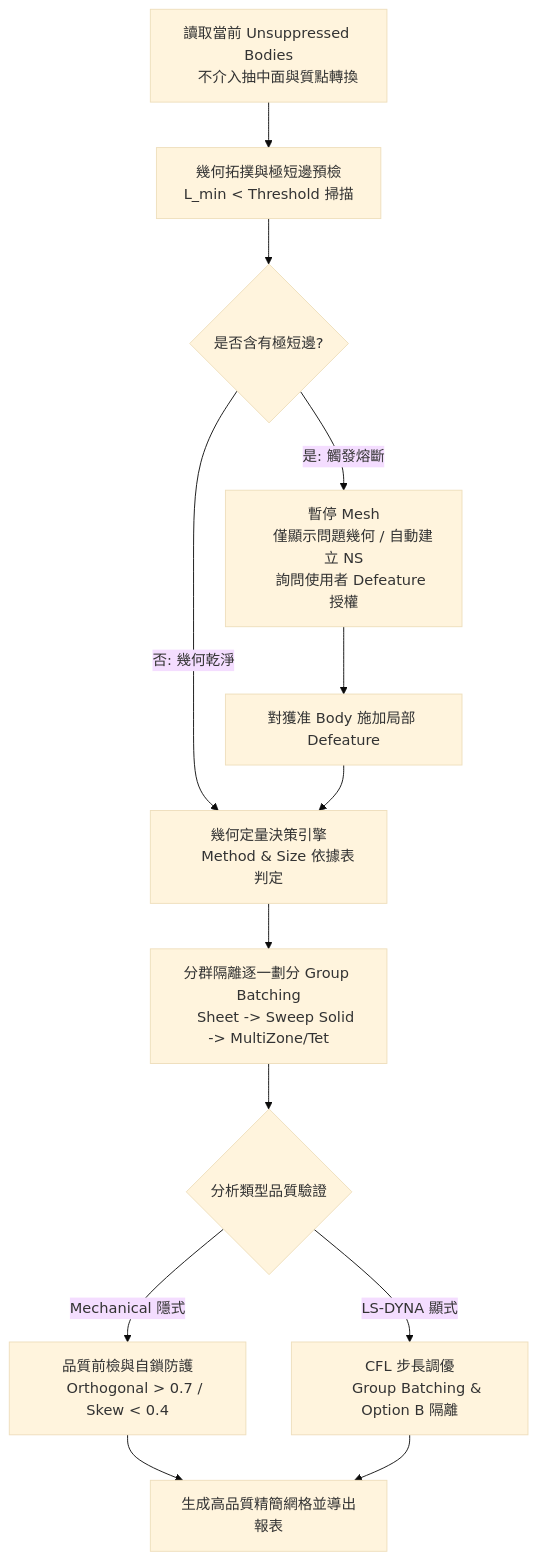
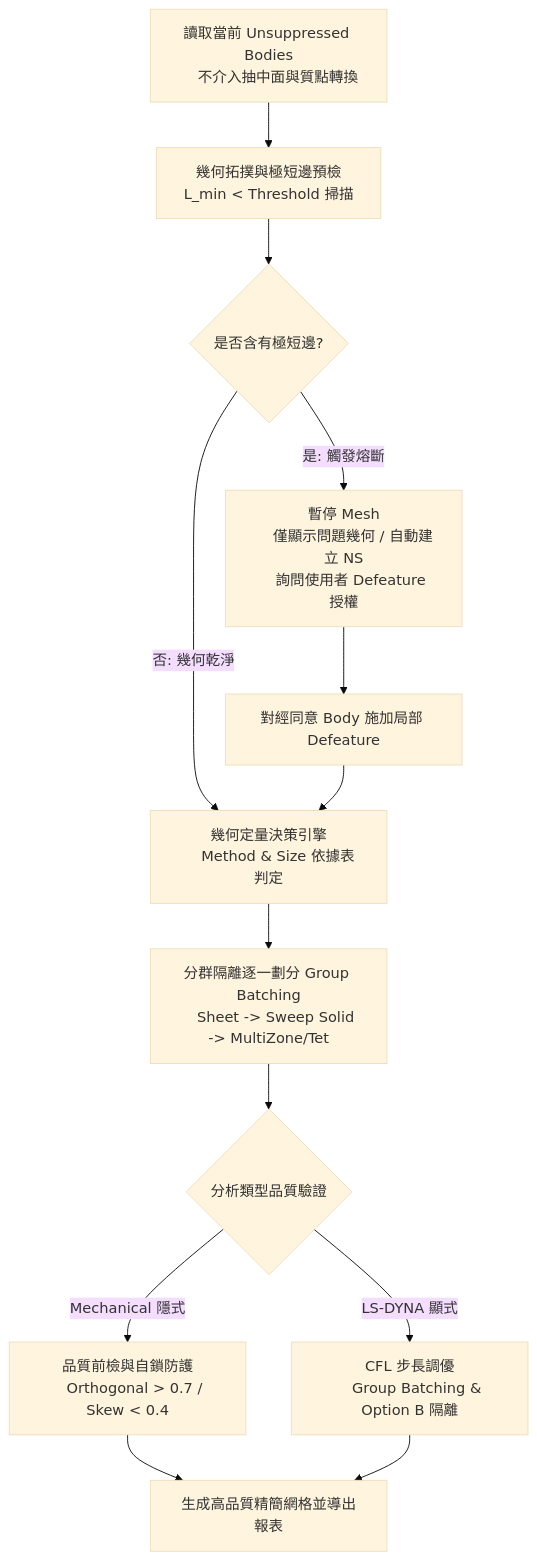
One commit to ikaros0902/ansys-unified-mcp changed the diagram in agents/skills/ansys-mesh/SKILL.md. Above: the diagram before and after it, drawn with Mermaid (base theme). The commit also changed other lines of this file and 51 other files, not shown here.

````diff
--- a/agents/skills/ansys-mesh/SKILL.md
+++ b/agents/skills/ansys-mesh/SKILL.md
@@ -28,23 +28,23 @@
 ```mermaid
 flowchart TD
     A[讀取當前 Unsuppressed Bodies
     不介入抽中面與質點轉換] --> B[幾何拓撲與極短邊預檢
     L_min < Threshold 掃描]
     B --> C{是否含有極短邊?}
     C -->|是: 觸發熔斷| D[暫停 Mesh
     僅顯示問題幾何 / 自動建立 NS
     詢問使用者 Defeature 授權]
-    D --> E[對獲准 Body 施加局部 Defeature]
+    D --> E[對經同意 Body 施加局部 Defeature]
     C -->|否: 幾何乾淨| F[幾何定量決策引擎
     Method & Size 依據表判定]
     E --> F
     F --> G[分群隔離逐一劃分 Group Batching
     Sheet -> Sweep Solid -> MultiZone/Tet]
     G --> H{分析類型品質驗證}
     H -->|Mechanical 隱式| I[品質前檢與自鎖防護
     Orthogonal > 0.7 / Skew < 0.4]
     H -->|LS-DYNA 顯式| J[CFL 步長調優
     Group Batching & Option B 隔離]
     I --> K[生成高品質精簡網格並導出報表]
     J --> K
 ```
````
